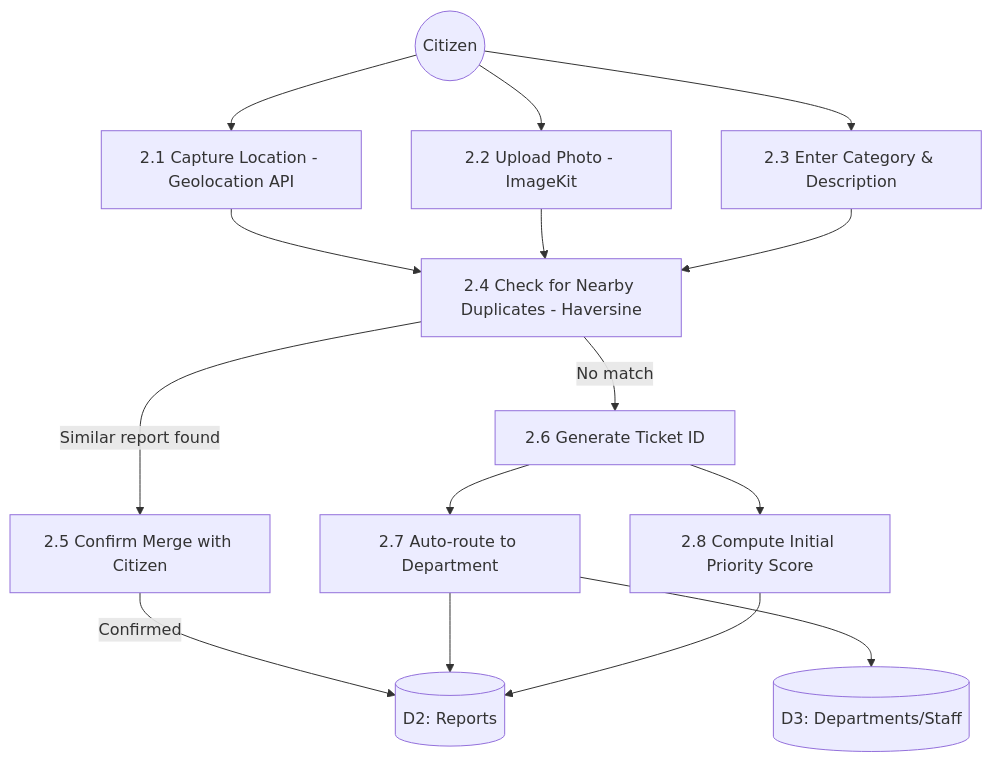
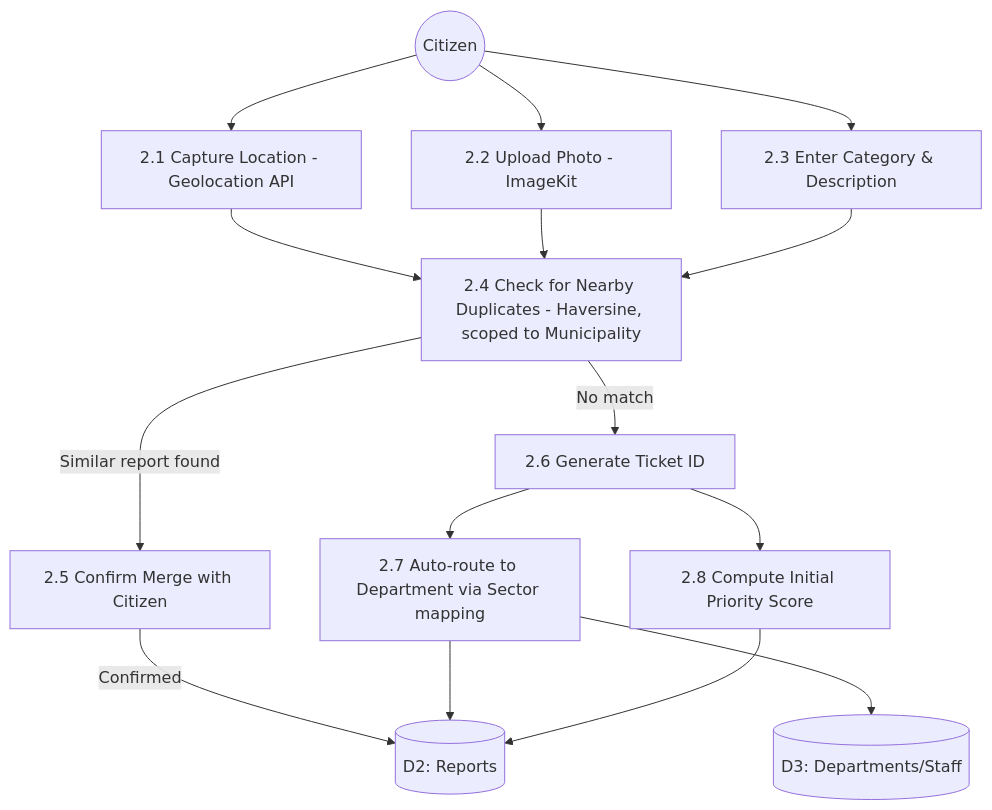
Before and after one commit to Ujjwal-0005/nivaran: the fourth of 4 diagrams in README.md, drawn with Mermaid. The commit also changed other lines of this file, not shown here.

````diff
--- a/README.md
+++ b/README.md
@@ -157,17 +225,17 @@
 ```mermaid
 flowchart TB
     Citizen((Citizen)) --> S1[2.1 Capture Location - Geolocation API]
     Citizen --> S2[2.2 Upload Photo - ImageKit]
     Citizen --> S3[2.3 Enter Category & Description]
-    S1 --> S4[2.4 Check for Nearby Duplicates - Haversine]
+    S1 --> S4[2.4 Check for Nearby Duplicates - Haversine, scoped to Municipality]
     S2 --> S4
     S3 --> S4
     S4 -- Similar report found --> S5[2.5 Confirm Merge with Citizen]
     S4 -- No match --> S6[2.6 Generate Ticket ID]
     S5 -- Confirmed --> D2[(D2: Reports)]
-    S6 --> S7[2.7 Auto-route to Department]
+    S6 --> S7[2.7 Auto-route to Department via Sector mapping]
     S7 --> D2
     S7 --> D3[(D3: Departments/Staff)]
     S6 --> S8[2.8 Compute Initial Priority Score]
     S8 --> D2
 ```
````
